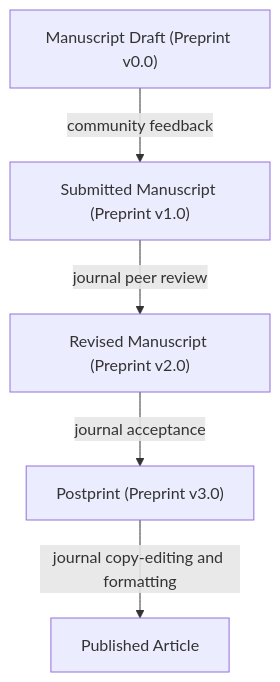
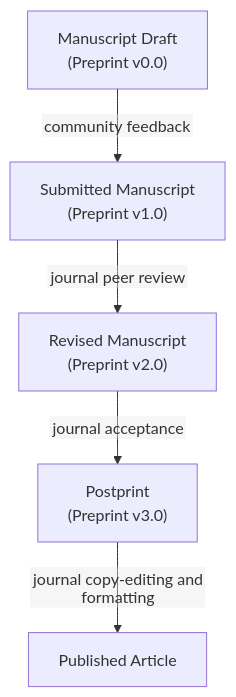
The diagram in assets/diagrams/preprint-flow.mmd (lmu-osc/lmu-osc.github.io), drawn with Mermaid before and after one commit. The commit also changed 4 other files, not shown here.

```diff
--- a/assets/diagrams/preprint-flow.mmd
+++ b/assets/diagrams/preprint-flow.mmd
@@ -1,11 +1,13 @@
 ---
 config:
   theme: default
   look: classic
+  flowchart:
+    htmlLabels: false
 ---
 
 flowchart TD
-  A["Manuscript Draft (Preprint v0.0)"] -->|community feedback| B["Submitted Manuscript (Preprint v1.0)"]
-  B -->|journal peer review| C["Revised Manuscript (Preprint v2.0)"]
-  C -->|journal acceptance| D["Postprint (Preprint v3.0)"]
+  A["Manuscript Draft<br>(Preprint v0.0)"] -->|community feedback| B["Submitted Manuscript<br>(Preprint v1.0)"]
+  B -->|journal peer review| C["Revised Manuscript<br>(Preprint v2.0)"]
+  C -->|journal acceptance| D["Postprint<br>(Preprint v3.0)"]
     D -->|journal copy-editing and formatting| E["Published Article"]
```
